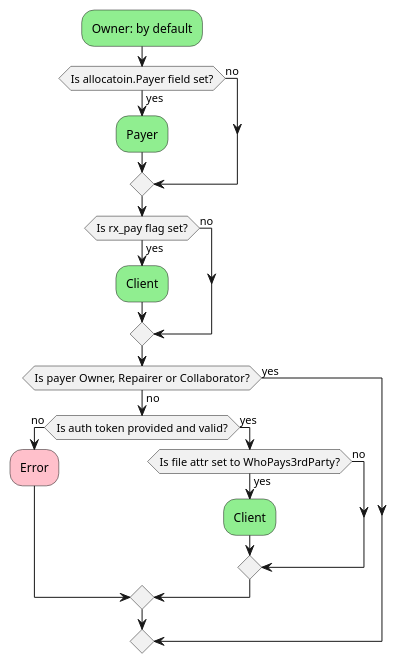
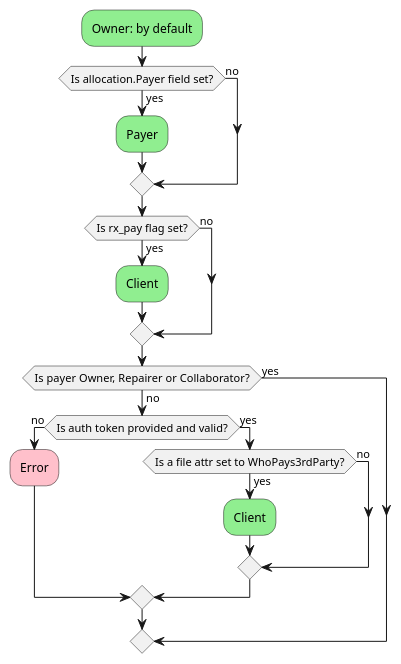
One commit to 0chain/blobber changed the diagram in docs/src/payer_read.plantuml. Above: the diagram before and after it, drawn with PlantUML.

```diff
--- a/docs/src/payer_read.plantuml
+++ b/docs/src/payer_read.plantuml
@@ -1,29 +1,29 @@
 @startuml
 
 ' Defining payer for read operation
 
 #LightGreen:Owner: by default;
 
-if (Is allocatoin.Payer field set?) then (yes)
+if (Is allocation.Payer field set?) then (yes)
   #LightGreen:Payer;
 else (no)
 endif
 
 if (Is rx_pay flag set?) then (yes)
   #LightGreen:Client;
 else (no)
 endif
 
 if (Is payer Owner, Repairer or Collaborator?) then (no)
     if (Is auth token provided and valid?) then (no)
       #Pink:Error;
     else (yes)
-        if (Is file attr set to WhoPays3rdParty?) then (yes)
+        if (Is a file attr set to WhoPays3rdParty?) then (yes)
             #LightGreen:Client;
         else (no)
         endif
     endif
 else (yes)
 endif
 
 @enduml
```
